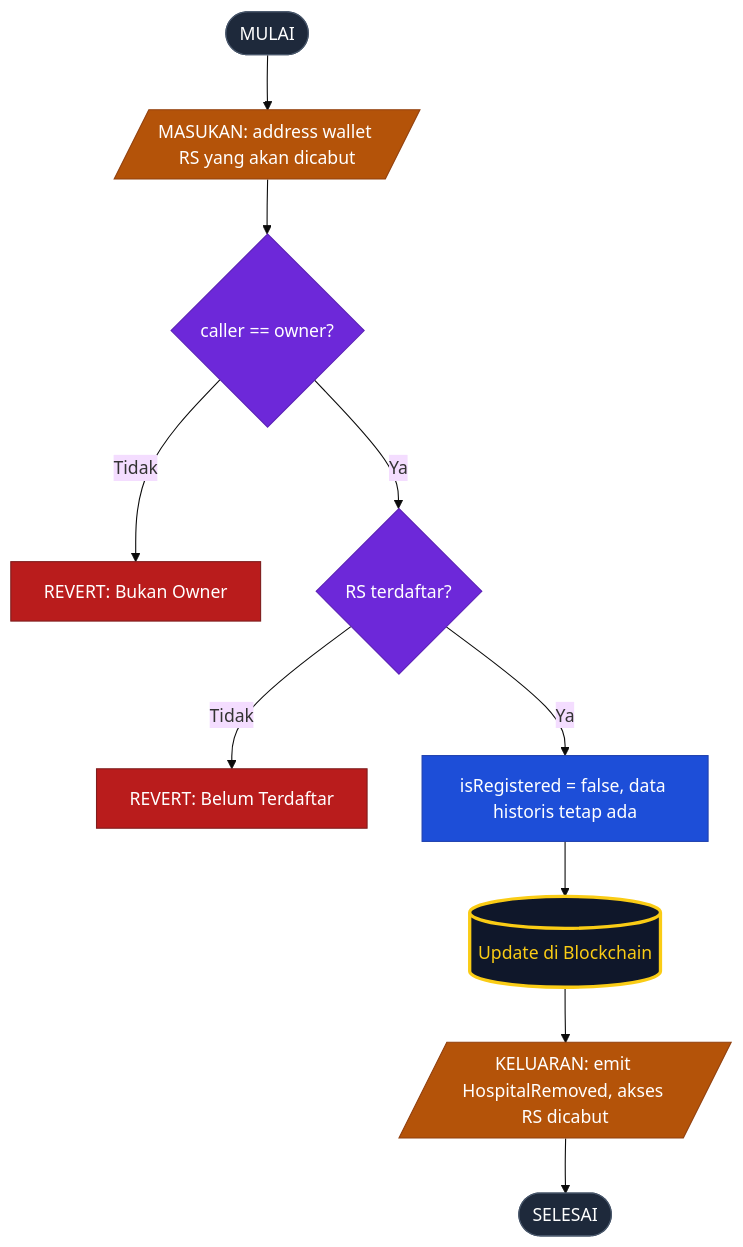
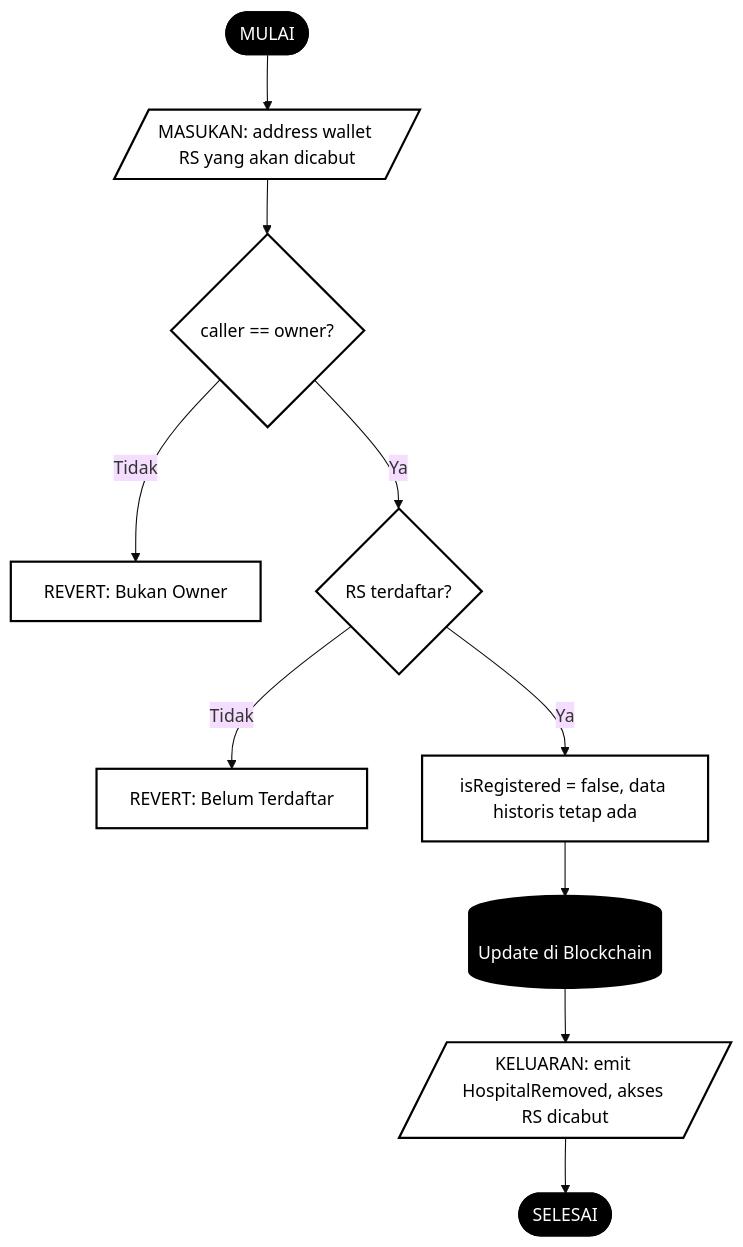
Before and after one commit to abuab234/Status-Ketersediaan-Kamar-RS: the third of 7 diagrams in readme/capstone_blockchain.md, drawn with Mermaid (base theme). The commit also changed other lines of this file, not shown here.

````diff
--- a/readme/capstone_blockchain.md
+++ b/readme/capstone_blockchain.md
@@ -198,23 +198,23 @@
 ```mermaid
 flowchart TD
     R1([MULAI]) --> R2[/"MASUKAN: address wallet RS yang akan dicabut"/]
     R2 --> R3{"caller == owner?"}
     R3 -->|"Tidak"| RR1["REVERT: Bukan Owner"]
     R3 -->|"Ya"| R4{"RS terdaftar?"}
     R4 -->|"Tidak"| RR2["REVERT: Belum Terdaftar"]
     R4 -->|"Ya"| R5["isRegistered = false, data historis tetap ada"]
     R5 --> RDB[("Update di Blockchain")]
     RDB --> R6[/"KELUARAN: emit HospitalRemoved, akses RS dicabut"/]
     R6 --> R7([SELESAI])
 
-    style R1 fill:#1e293b,color:#fff,stroke:#475569
-    style R7 fill:#1e293b,color:#fff,stroke:#475569
-    style RR1 fill:#b91c1c,color:#fff,stroke:#7f1d1d
-    style RR2 fill:#b91c1c,color:#fff,stroke:#7f1d1d
-    style R3 fill:#6d28d9,color:#fff,stroke:#5b21b6
-    style R4 fill:#6d28d9,color:#fff,stroke:#5b21b6
-    style R5 fill:#1d4ed8,color:#fff,stroke:#1e40af
-    style R2 fill:#b45309,color:#fff,stroke:#92400e
-    style R6 fill:#b45309,color:#fff,stroke:#92400e
-    style RDB fill:#0f172a,color:#facc15,stroke:#facc15,stroke-width:3px
+    style R1 fill:#000,color:#fff,stroke:#000
+    style R7 fill:#000,color:#fff,stroke:#000
+    style RR1 fill:#fff,color:#000,stroke:#000,stroke-width:2px
+    style RR2 fill:#fff,color:#000,stroke:#000,stroke-width:2px
+    style R3 fill:#fff,color:#000,stroke:#000,stroke-width:2px
+    style R4 fill:#fff,color:#000,stroke:#000,stroke-width:2px
+    style R5 fill:#fff,color:#000,stroke:#000,stroke-width:2px
+    style R2 fill:#fff,color:#000,stroke:#000,stroke-width:2px
+    style R6 fill:#fff,color:#000,stroke:#000,stroke-width:2px
+    style RDB fill:#000,color:#fff,stroke:#000,stroke-width:3px
 ```
````
